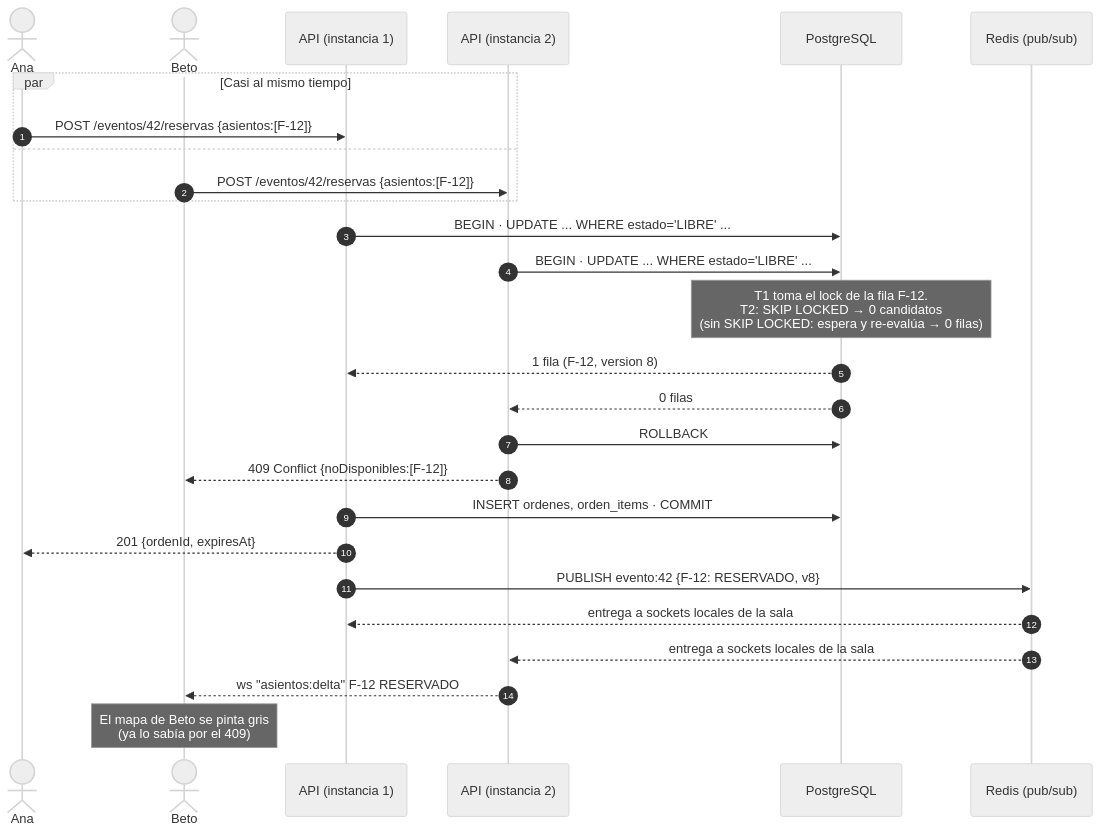
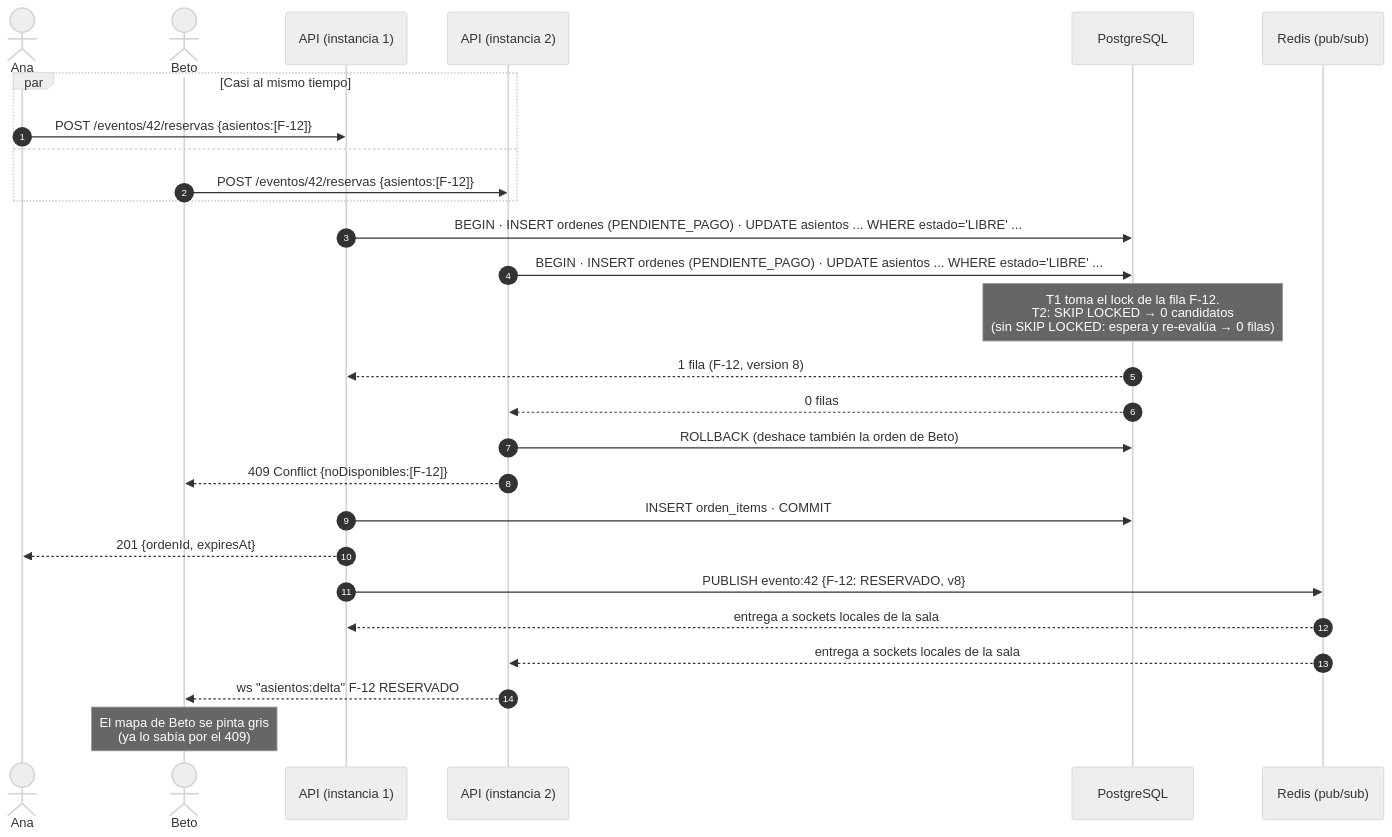
Before and after one commit to oliver-franz123/ticketing-app: the third of 4 diagrams in Sistemas_Distribuidos/docs/04-concurrencia-y-doble-compra.md, drawn with Mermaid (neutral theme). The commit also changed other lines of this file and 17 other files, not shown here.

````diff
--- a/Sistemas_Distribuidos/docs/04-concurrencia-y-doble-compra.md
+++ b/Sistemas_Distribuidos/docs/04-concurrencia-y-doble-compra.md
@@ -182,31 +278,31 @@
 ```mermaid
 sequenceDiagram
     autonumber
     actor Ana
     actor Beto
     participant API1 as API (instancia 1)
     participant API2 as API (instancia 2)
     participant PG as PostgreSQL
     participant RD as Redis (pub/sub)
 
     par Casi al mismo tiempo
         Ana->>API1: POST /eventos/42/reservas {asientos:[F-12]}
     and
         Beto->>API2: POST /eventos/42/reservas {asientos:[F-12]}
     end
 
-    API1->>PG: BEGIN · UPDATE ... WHERE estado='LIBRE' ...
-    API2->>PG: BEGIN · UPDATE ... WHERE estado='LIBRE' ...
+    API1->>PG: BEGIN · INSERT ordenes (PENDIENTE_PAGO) · UPDATE asientos ... WHERE estado='LIBRE' ...
+    API2->>PG: BEGIN · INSERT ordenes (PENDIENTE_PAGO) · UPDATE asientos ... WHERE estado='LIBRE' ...
     Note over PG: T1 toma el lock de la fila F-12.<br/>T2: SKIP LOCKED → 0 candidatos<br/>(sin SKIP LOCKED: espera y re-evalúa → 0 filas)
     PG-->>API1: 1 fila (F-12, version 8)
     PG-->>API2: 0 filas
-    API2->>PG: ROLLBACK
+    API2->>PG: ROLLBACK (deshace también la orden de Beto)
     API2-->>Beto: 409 Conflict {noDisponibles:[F-12]}
-    API1->>PG: INSERT ordenes, orden_items · COMMIT
+    API1->>PG: INSERT orden_items · COMMIT
     API1-->>Ana: 201 {ordenId, expiresAt}
     API1->>RD: PUBLISH evento:42 {F-12: RESERVADO, v8}
     RD-->>API1: entrega a sockets locales de la sala
     RD-->>API2: entrega a sockets locales de la sala
     API2-->>Beto: ws "asientos:delta" F-12 RESERVADO
     Note over Beto: El mapa de Beto se pinta gris<br/>(ya lo sabía por el 409)
 ```
````
